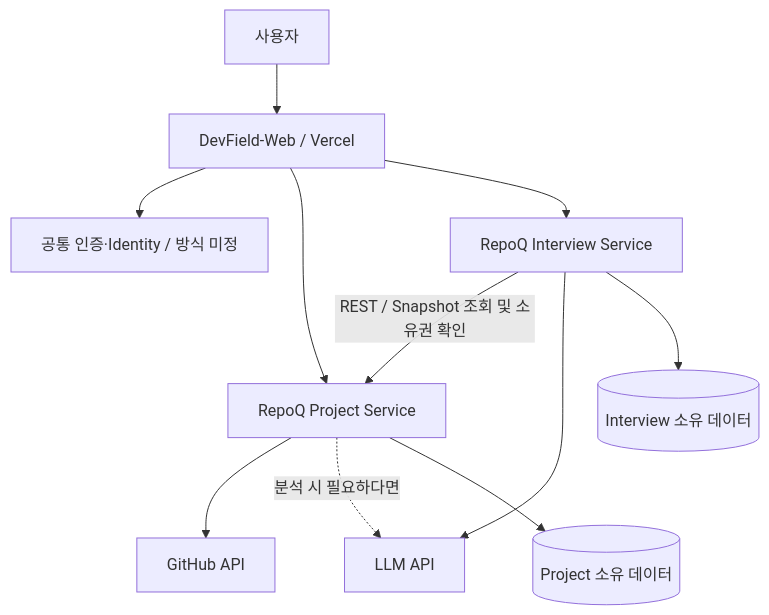
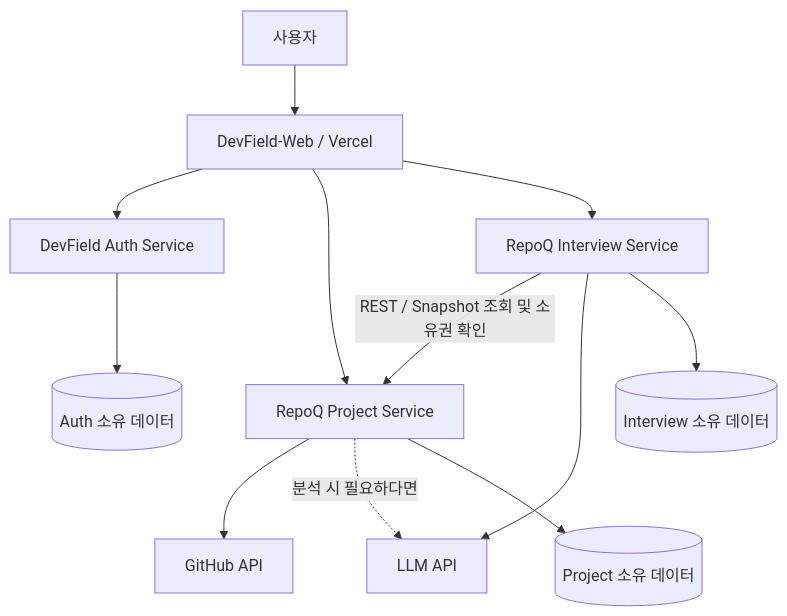
One commit to thedevfield/DevField-Platform changed the first of 4 diagrams in docs/architecture/repoq-service-boundaries.md. Above: the diagram before and after it, drawn with Mermaid. The commit also changed other lines of this file and 5 other files, not shown here.

Commit message:
docs(auth): adopt Spring Security authentication architecture

````diff
--- a/docs/architecture/repoq-service-boundaries.md
+++ b/docs/architecture/repoq-service-boundaries.md
@@ -34,13 +37,14 @@
 ```mermaid
 flowchart TB
     User[사용자] --> Web[DevField-Web / Vercel]
-    Web --> Identity[공통 인증·Identity / 방식 미정]
+    Web --> Identity[DevField Auth Service]
     Web --> Project[RepoQ Project Service]
     Web --> Interview[RepoQ Interview Service]
     Interview -->|REST / Snapshot 조회 및 소유권 확인| Project
     Project --> GitHub[GitHub API]
     Interview --> LLM[LLM API]
     Project -.->|분석 시 필요하다면| LLM
     Project --> PData[(Project 소유 데이터)]
     Interview --> IData[(Interview 소유 데이터)]
+    Identity --> AData[(Auth 소유 데이터)]
 ```
````
